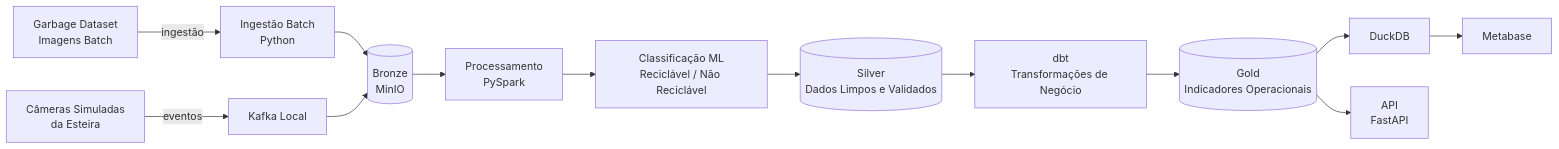
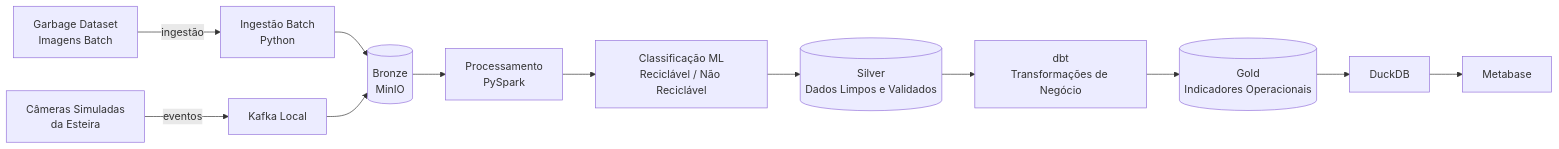
The diagram in README.md (leonardoamaral90/uniceub_ecosort_eng216), drawn with Mermaid before and after one commit. The commit also changed other lines of this file, not shown here.

````diff
--- a/README.md
+++ b/README.md
@@ -51,19 +51,18 @@
 ```mermaid
 flowchart LR
     A[Garbage Dataset\nImagens Batch] -->|ingestão| B[Ingestão Batch\nPython]
     C[Câmeras Simuladas\nda Esteira] -->|eventos| D[Kafka Local]
 
     B --> E[(Bronze\nMinIO)]
     D --> E
 
     E --> F[Processamento\nPySpark]
     F --> G[Classificação ML\nReciclável / Não Reciclável]
     G --> H[(Silver\nDados Limpos e Validados)]
 
     H --> I[dbt\nTransformações de Negócio]
     I --> J[(Gold\nIndicadores Operacionais)]
 
     J --> K[DuckDB]
     K --> L[Metabase]
-    J --> M[API\nFastAPI]
 ```
````
